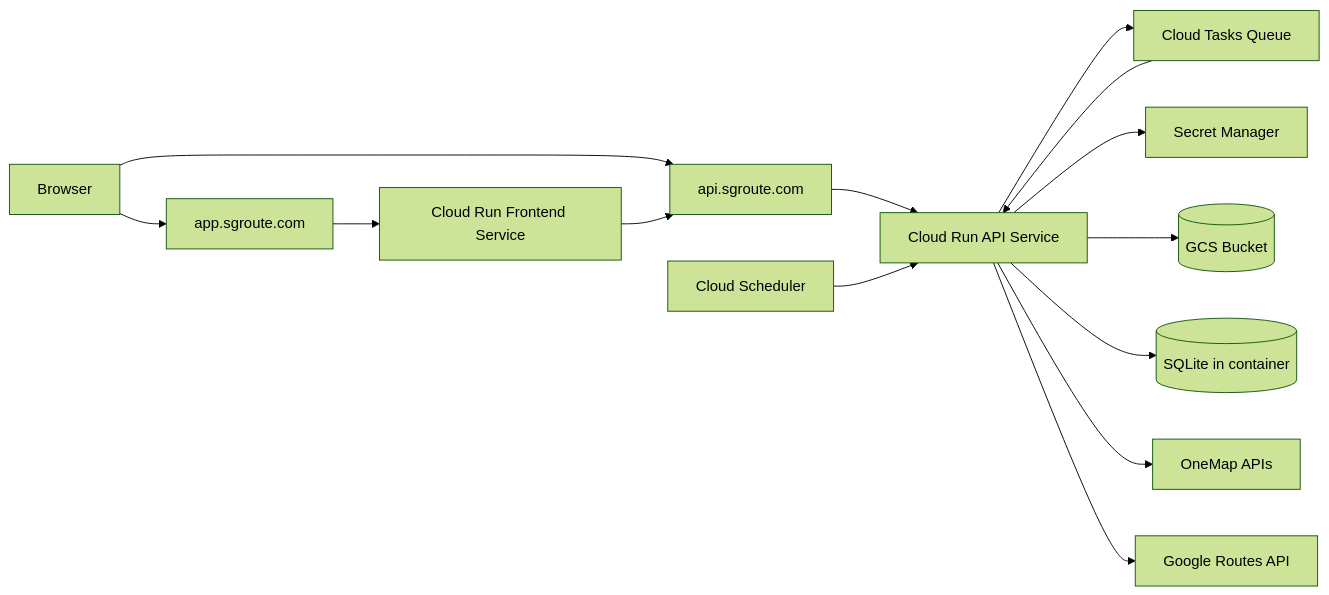
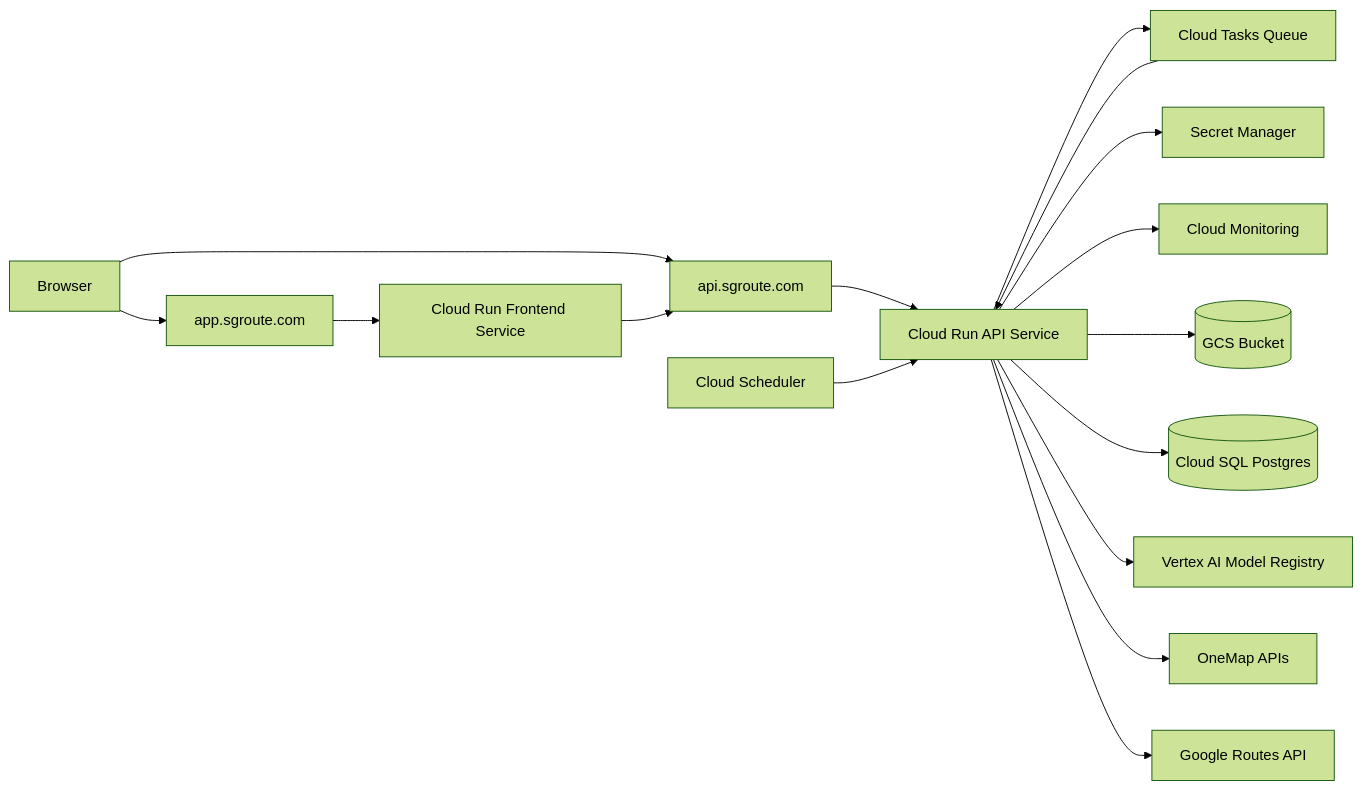
Before and after one commit to jasonjlcl/SG-Route-OPT: the fourth of 4 diagrams in ARCHITECTURE.md, drawn with Mermaid (forest theme). The commit also changed other lines of this file and 1 other file, not shown here.

Commit message:
docs: refresh architecture and runtime snapshot

````diff
--- a/ARCHITECTURE.md
+++ b/ARCHITECTURE.md
@@ -198,29 +204,33 @@
 ```mermaid
 flowchart LR
     Browser[Browser]
     WebDomain[app.sgroute.com]
     ApiDomain[api.sgroute.com]
     Frontend[Cloud Run Frontend Service]
     CloudRun[Cloud Run API Service]
     Tasks[Cloud Tasks Queue]
     Scheduler[Cloud Scheduler]
     SecretMgr[Secret Manager]
+    Monitoring[Cloud Monitoring]
     GCS[(GCS Bucket)]
-    SQLite[(SQLite in container)]
+    Postgres[(Cloud SQL Postgres)]
+    Vertex[Vertex AI Model Registry]
     OneMap[OneMap APIs]
     GoogleRoutes[Google Routes API]
 
     Browser --> WebDomain
     Browser --> ApiDomain
     WebDomain --> Frontend
     Frontend --> ApiDomain
     ApiDomain --> CloudRun
     CloudRun --> Tasks
     Tasks --> CloudRun
     Scheduler --> CloudRun
     CloudRun --> SecretMgr
+    CloudRun --> Monitoring
     CloudRun --> GCS
-    CloudRun --> SQLite
+    CloudRun --> Postgres
+    CloudRun --> Vertex
     CloudRun --> OneMap
     CloudRun --> GoogleRoutes
 ```
````
